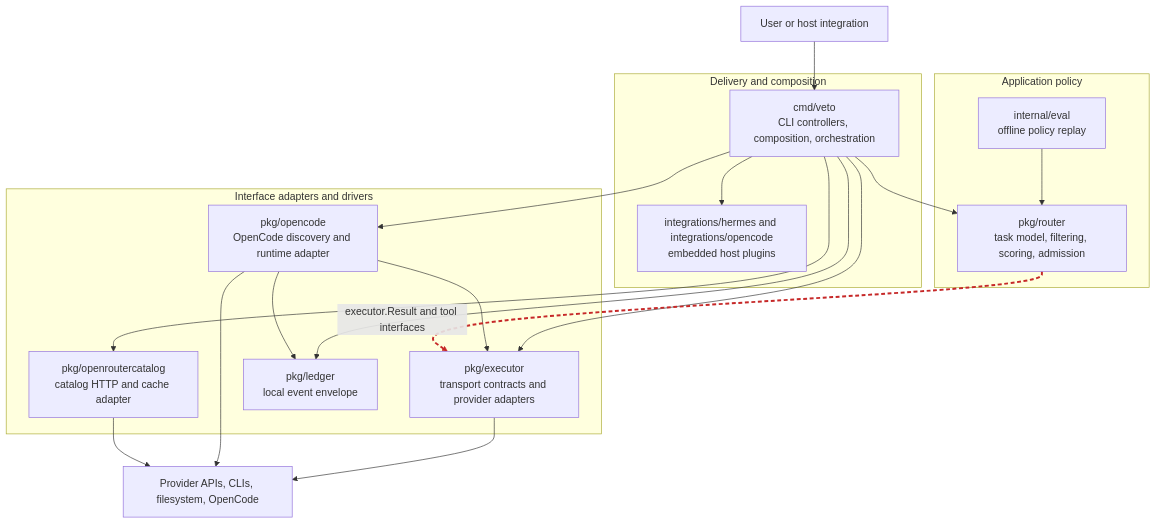
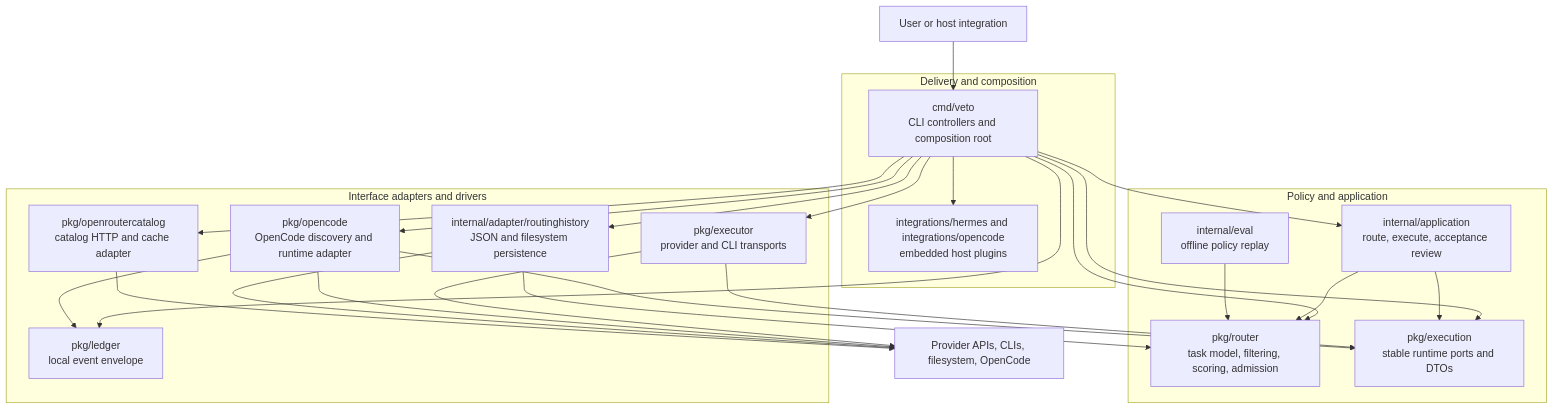
One commit to oleg-koval/veto changed the diagram in docs/architecture-evaluation.md. Above: the diagram before and after it, drawn with Mermaid. The commit also changed other lines of this file and 37 other files, not shown here.

First line of the commit message:
refactor: enforce clean architecture boundaries

````diff
--- a/docs/architecture-evaluation.md
+++ b/docs/architecture-evaluation.md
@@ -26,40 +27,48 @@
 ```mermaid
 flowchart TB
     user[User or host integration]
 
     subgraph delivery[Delivery and composition]
-        cli[cmd/veto<br/>CLI controllers, composition, orchestration]
+        cli[cmd/veto<br/>CLI controllers and composition root]
         plugins[integrations/hermes and integrations/opencode<br/>embedded host plugins]
     end
 
-    subgraph application[Application policy]
+    subgraph policy[Policy and application]
+        app[internal/application<br/>route, execute, acceptance review]
         router[pkg/router<br/>task model, filtering, scoring, admission]
+        execution[pkg/execution<br/>stable runtime ports and DTOs]
         eval[internal/eval<br/>offline policy replay]
     end
 
     subgraph adapters[Interface adapters and drivers]
-        executor[pkg/executor<br/>transport contracts and provider adapters]
+        executor[pkg/executor<br/>provider and CLI transports]
         opencode[pkg/opencode<br/>OpenCode discovery and runtime adapter]
+        history[internal/adapter/routinghistory<br/>JSON and filesystem persistence]
         catalog[pkg/openroutercatalog<br/>catalog HTTP and cache adapter]
         ledger[pkg/ledger<br/>local event envelope]
     end
 
     external[Provider APIs, CLIs, filesystem, OpenCode]
 
     user --> cli
+    cli --> app
     cli --> router
+    cli --> execution
     cli --> executor
     cli --> opencode
+    cli --> history
     cli --> catalog
     cli --> ledger
     cli --> plugins
+    app --> router
+    app --> execution
     eval --> router
-    opencode --> executor
+    executor --> execution
+    opencode --> execution
     opencode --> ledger
+    history --> router
     executor --> external
     opencode --> external
+    history --> external
     catalog --> external
-    router -. "executor.Result and tool interfaces" .-> executor
-
-    linkStyle 13 stroke:#c62828,stroke-width:3px,stroke-dasharray:6 4
 ```
````
